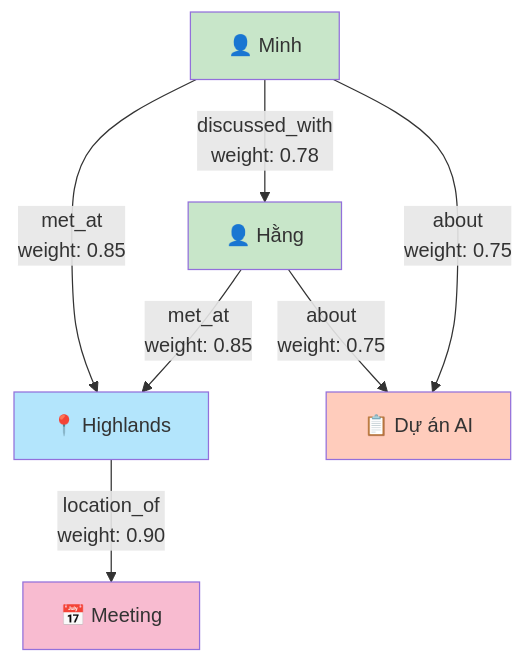
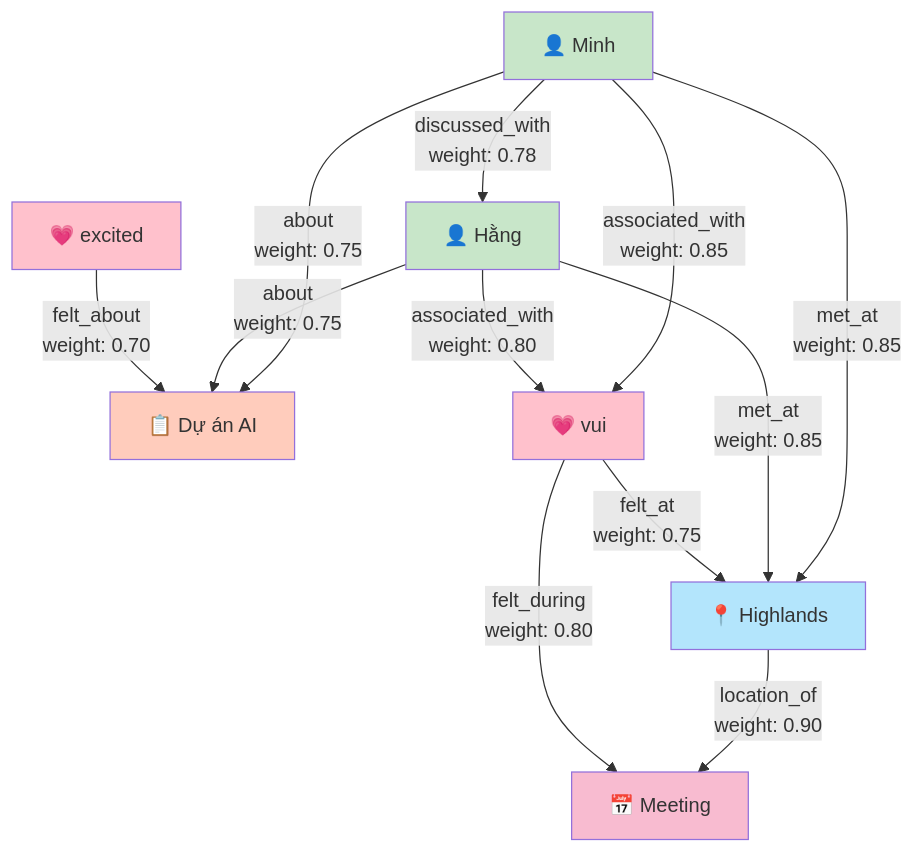
The fifth of 13 diagrams in docs/99_lesson/PRESENTATION_SLIDES.md (phuc-nt/kioku-ios), drawn with Mermaid before and after one commit. The commit also changed other lines of this file, not shown here.

````diff
--- a/docs/99_lesson/PRESENTATION_SLIDES.md
+++ b/docs/99_lesson/PRESENTATION_SLIDES.md
@@ -146,15 +164,24 @@
 ```mermaid
 graph TD
     Minh[👤 Minh] -->|met_at<br/>weight: 0.85| Highlands[📍 Highlands]
     Hang[👤 Hằng] -->|met_at<br/>weight: 0.85| Highlands
     Minh -->|discussed_with<br/>weight: 0.78| Hang
     Highlands -->|location_of<br/>weight: 0.90| Meeting[📅 Meeting]
     Minh -->|about<br/>weight: 0.75| Project[📋 Dự án AI]
     Hang -->|about<br/>weight: 0.75| Project
 
+    Happy[💗 vui] -->|felt_during<br/>weight: 0.80| Meeting
+    Happy -->|felt_at<br/>weight: 0.75| Highlands
+    Excited[💗 excited] -->|felt_about<br/>weight: 0.70| Project
+
+    Minh -->|associated_with<br/>weight: 0.85| Happy
+    Hang -->|associated_with<br/>weight: 0.80| Happy
+
     style Minh fill:#c8e6c9
     style Hang fill:#c8e6c9
     style Highlands fill:#b3e5fc
     style Meeting fill:#f8bbd0
     style Project fill:#ffccbc
+    style Happy fill:#ffc1cc
+    style Excited fill:#ffc1cc
 ```
````
